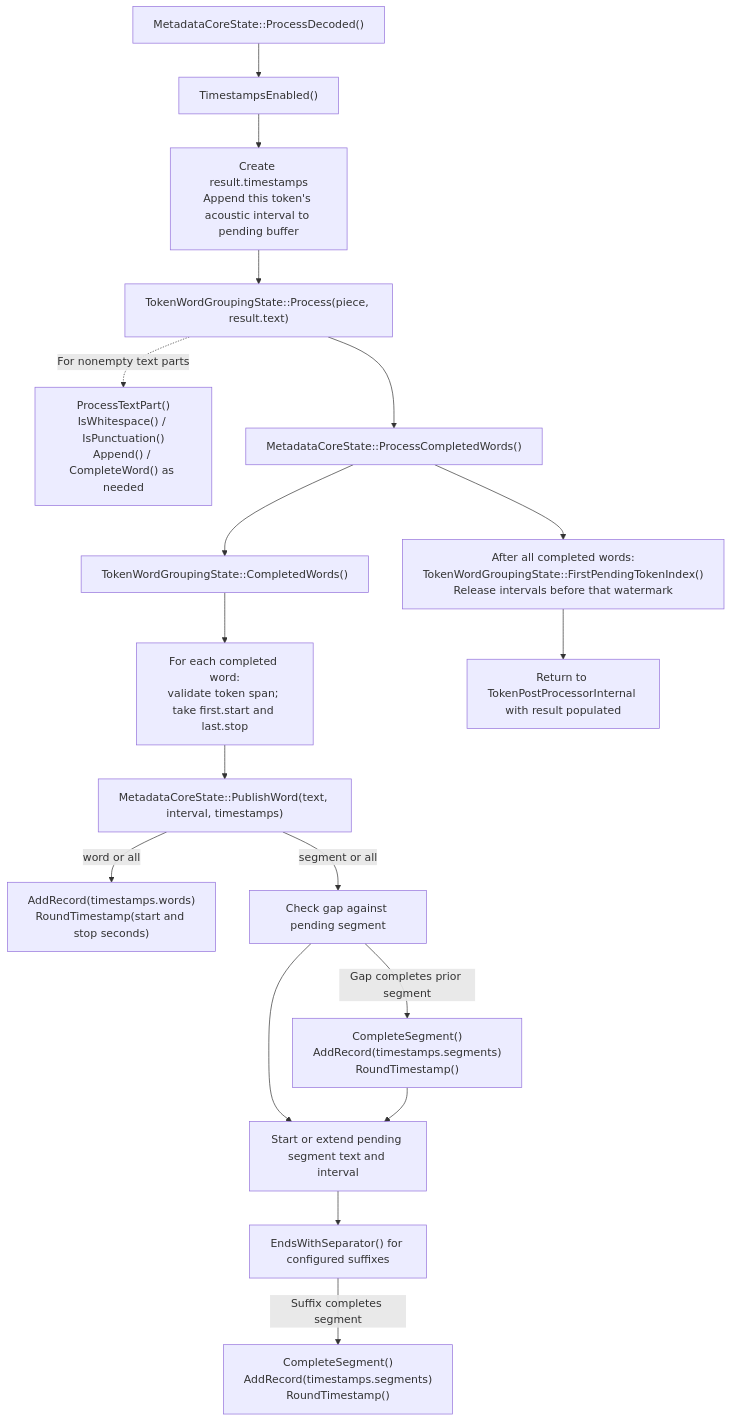
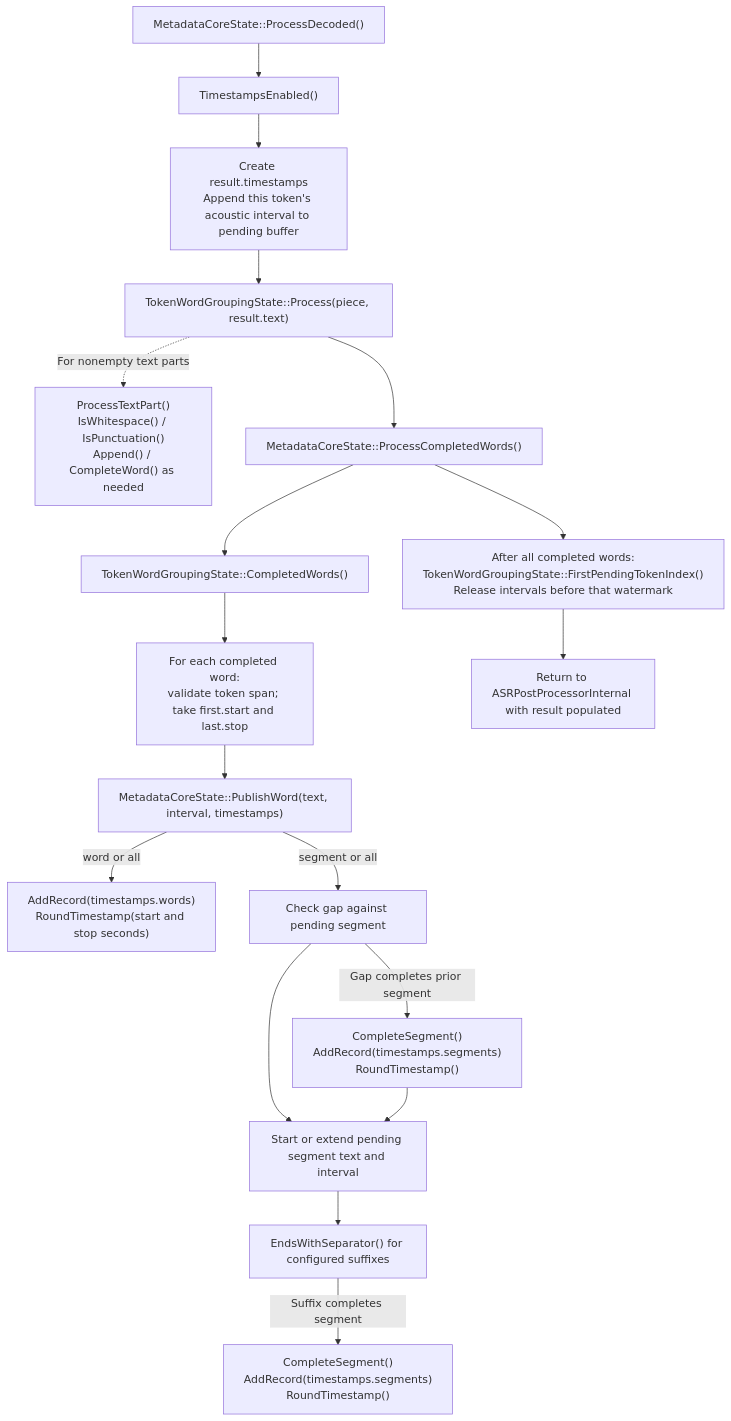
One commit to microsoft/onnxruntime-genai changed the first of 2 diagrams in docs/metadata_decode.md. Above: the diagram before and after it, drawn with Mermaid. The commit also changed other lines of this file and 24 other files, not shown here.

````diff
--- a/docs/metadata_decode.md
+++ b/docs/metadata_decode.md
@@ -144,20 +153,20 @@
 ```mermaid
 flowchart TD
   decoded["MetadataCoreState::ProcessDecoded()"] --> enabled["TimestampsEnabled()"]
   enabled --> retain["Create result.timestamps<br/>Append this token's acoustic interval to pending buffer"]
   retain --> group["TokenWordGroupingState::Process(piece, result.text)"]
   group -.->|For nonempty text parts| parts["ProcessTextPart()<br/>IsWhitespace() / IsPunctuation()<br/>Append() / CompleteWord() as needed"]
   group --> completed["MetadataCoreState::ProcessCompletedWords()"]
   completed --> words["TokenWordGroupingState::CompletedWords()"]
   words --> align["For each completed word:<br/>validate token span; take first.start and last.stop"]
   align --> publish["MetadataCoreState::PublishWord(text, interval, timestamps)"]
   publish -->|word or all| word["AddRecord(timestamps.words)<br/>RoundTimestamp(start and stop seconds)"]
   publish -->|segment or all| gap["Check gap against pending segment"]
   gap -->|Gap completes prior segment| prior["CompleteSegment()<br/>AddRecord(timestamps.segments)<br/>RoundTimestamp()"]
   gap --> pending["Start or extend pending segment text and interval"]
   prior --> pending
   pending --> separator["EndsWithSeparator() for configured suffixes"]
   separator -->|Suffix completes segment| finish["CompleteSegment()<br/>AddRecord(timestamps.segments)<br/>RoundTimestamp()"]
   completed --> release["After all completed words:<br/>TokenWordGroupingState::FirstPendingTokenIndex()<br/>Release intervals before that watermark"]
-  release --> returned["Return to TokenPostProcessorInternal with result populated"]
+  release --> returned["Return to ASRPostProcessorInternal with result populated"]
 ```
````
